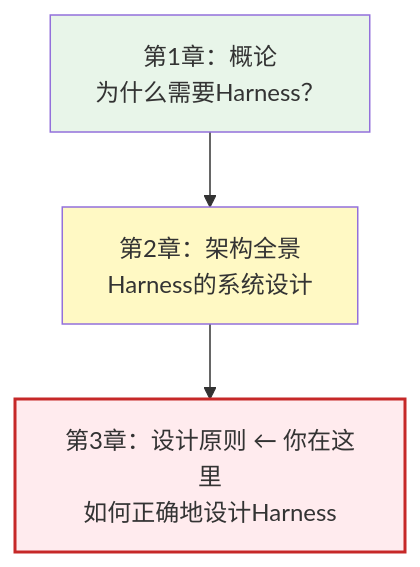
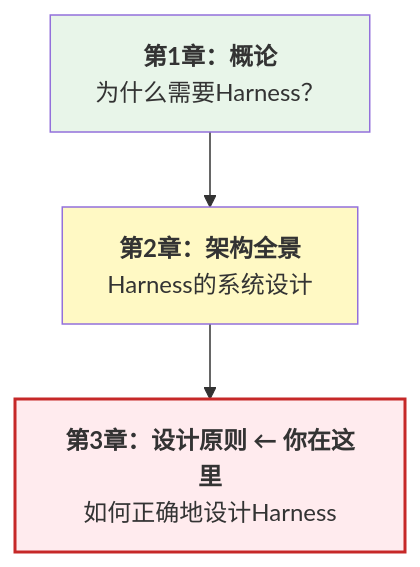
The third of 3 diagrams in 03_principles/summary.md (yeasy/harness_engineering_guide), drawn with Mermaid before and after one commit. The commit also changed 26 other files, not shown here.

Commit message:
Add bold titles to Mermaid diagram nodes

````diff
--- a/03_principles/summary.md
+++ b/03_principles/summary.md
@@ -187,9 +187,9 @@
 ```mermaid
 graph TD
-    A["第1章：概论<br/>为什么需要Harness？"] --> B["第2章：架构全景<br/>Harness的系统设计"]
-    B --> C["第3章：设计原则 ← 你在这里<br/>如何正确地设计Harness"]
+    A["<b>第1章：概论</b><br/>为什么需要Harness？"] --> B["<b>第2章：架构全景</b><br/>Harness的系统设计"]
+    B --> C["<b>第3章：设计原则 ← 你在这里</b><br/>如何正确地设计Harness"]
 
     style A fill:#e8f5e9
     style B fill:#fff9c4
     style C fill:#ffebee,stroke:#c62828,stroke-width:2px
 ```
````
